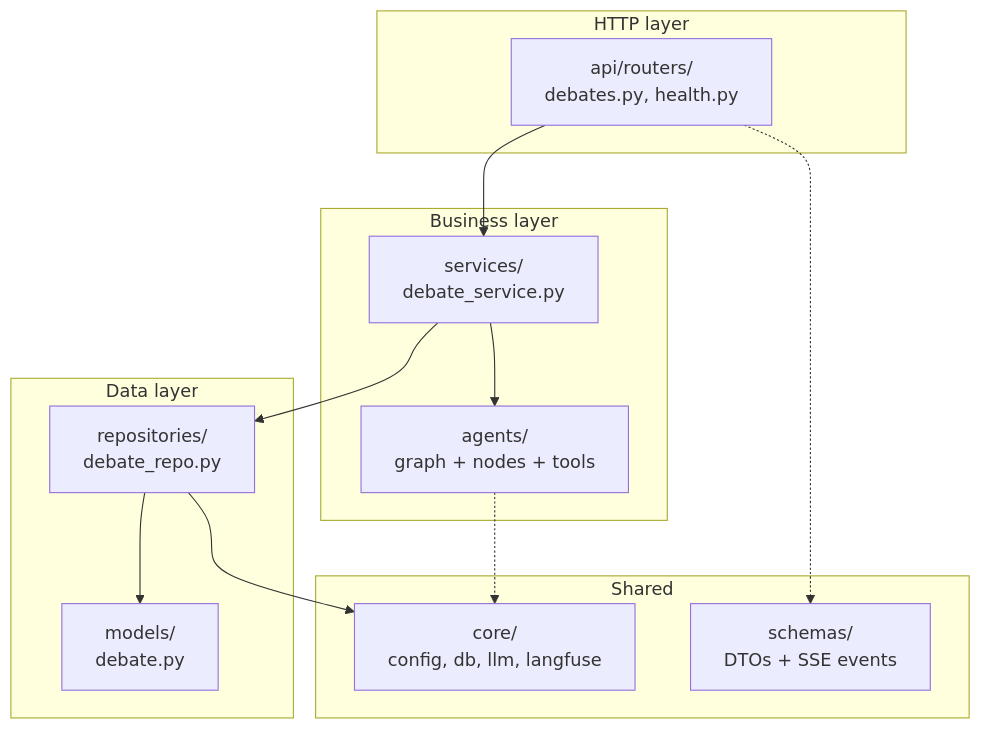
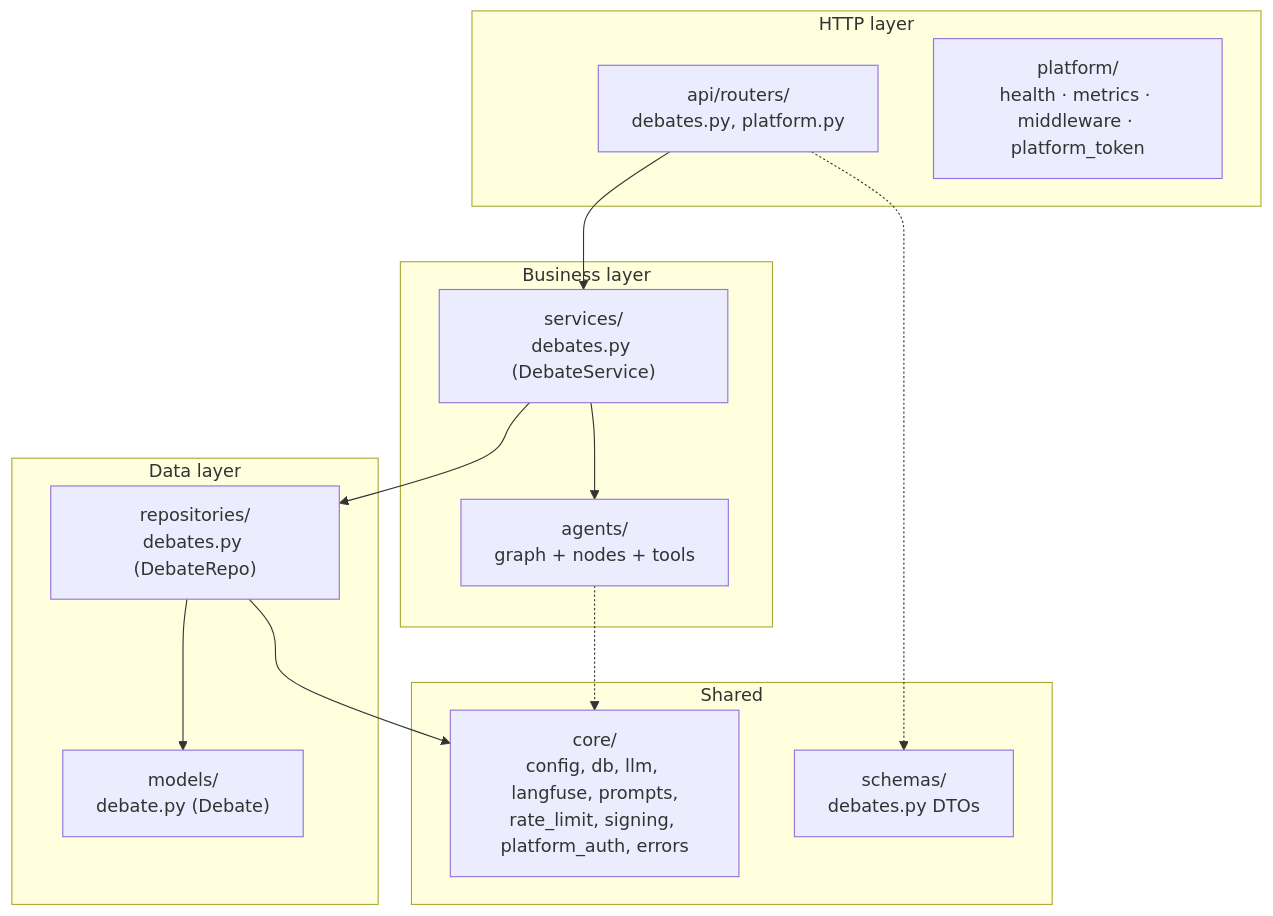
Before and after one commit to Abdul-Muizz1310/paper-trail-backend: the second of 4 diagrams in docs/ARCHITECTURE.md, drawn with Mermaid. The commit also changed other lines of this file and 21 other files, not shown here.

````diff
--- a/docs/ARCHITECTURE.md
+++ b/docs/ARCHITECTURE.md
@@ -54,29 +101,30 @@
 ```mermaid
 flowchart TD
     subgraph HTTP ["HTTP layer"]
-        Routers["api/routers/<br/>debates.py, health.py"]
+        Routers["api/routers/<br/>debates.py, platform.py"]
+        Plat["platform/<br/>health · metrics · middleware · platform_token"]
     end
 
     subgraph Business ["Business layer"]
-        Services["services/<br/>debate_service.py"]
+        Services["services/<br/>debates.py (DebateService)"]
         Agents["agents/<br/>graph + nodes + tools"]
     end
 
     subgraph Data ["Data layer"]
-        Repos["repositories/<br/>debate_repo.py"]
-        Models["models/<br/>debate.py"]
+        Repos["repositories/<br/>debates.py (DebateRepo)"]
+        Models["models/<br/>debate.py (Debate)"]
     end
 
     subgraph Shared ["Shared"]
-        Schemas["schemas/<br/>DTOs + SSE events"]
-        Core["core/<br/>config, db, llm, langfuse"]
+        Schemas["schemas/<br/>debates.py DTOs"]
+        Core["core/<br/>config, db, llm, langfuse, prompts,<br/>rate_limit, signing, platform_auth, errors"]
     end
 
     Routers --> Services
     Routers -.-> Schemas
     Services --> Repos
     Services --> Agents
     Agents -.-> Core
     Repos --> Models
     Repos --> Core
 ```
````
